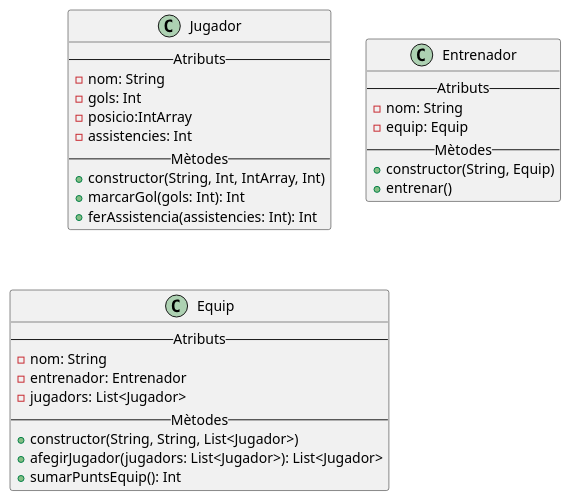
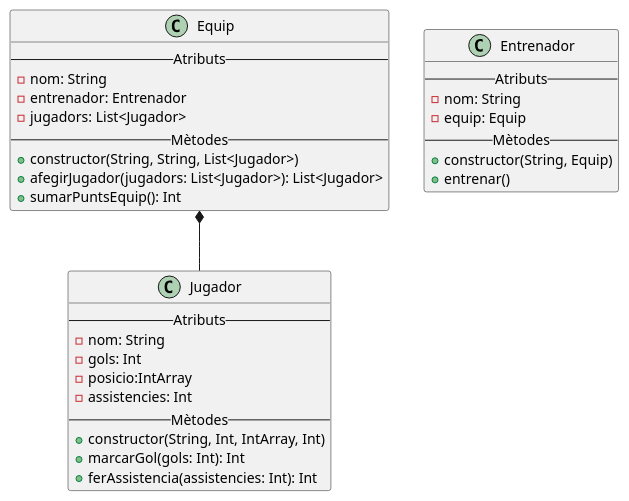
The diagram in src/main/kotlin/uml/Exercici5-Futbol.puml (Dani-Alarcon/M5-A08-Disseny-de-diagrames-Classes-Dani-Alarcon), drawn with PlantUML before and after one commit. The commit also changed 3 other files, not shown here.

```diff
--- a/src/main/kotlin/uml/Exercici5-Futbol.puml
+++ b/src/main/kotlin/uml/Exercici5-Futbol.puml
@@ -1,37 +1,38 @@
 @startuml
 'https://plantuml.com/class-diagram
 
 
 class Jugador {
     -- Atributs --
     - nom: String
     - gols: Int
     - posicio:IntArray
     - assistencies: Int
     -- Mètodes --
     + constructor(String, Int, IntArray, Int)
     + marcarGol(gols: Int): Int
     + ferAssistencia(assistencies: Int): Int
 }
 
 class Entrenador{
     -- Atributs --
     - nom: String
     - equip: Equip
     -- Mètodes --
     + constructor(String, Equip)
     + entrenar()
 }
 
+Equip *--Jugador
 class Equip {
     -- Atributs --
     - nom: String
     - entrenador: Entrenador
     - jugadors: List<Jugador>
     -- Mètodes --
     + constructor(String, String, List<Jugador>)
     + afegirJugador(jugadors: List<Jugador>): List<Jugador>
     + sumarPuntsEquip(): Int
 }
 
 @enduml
```
